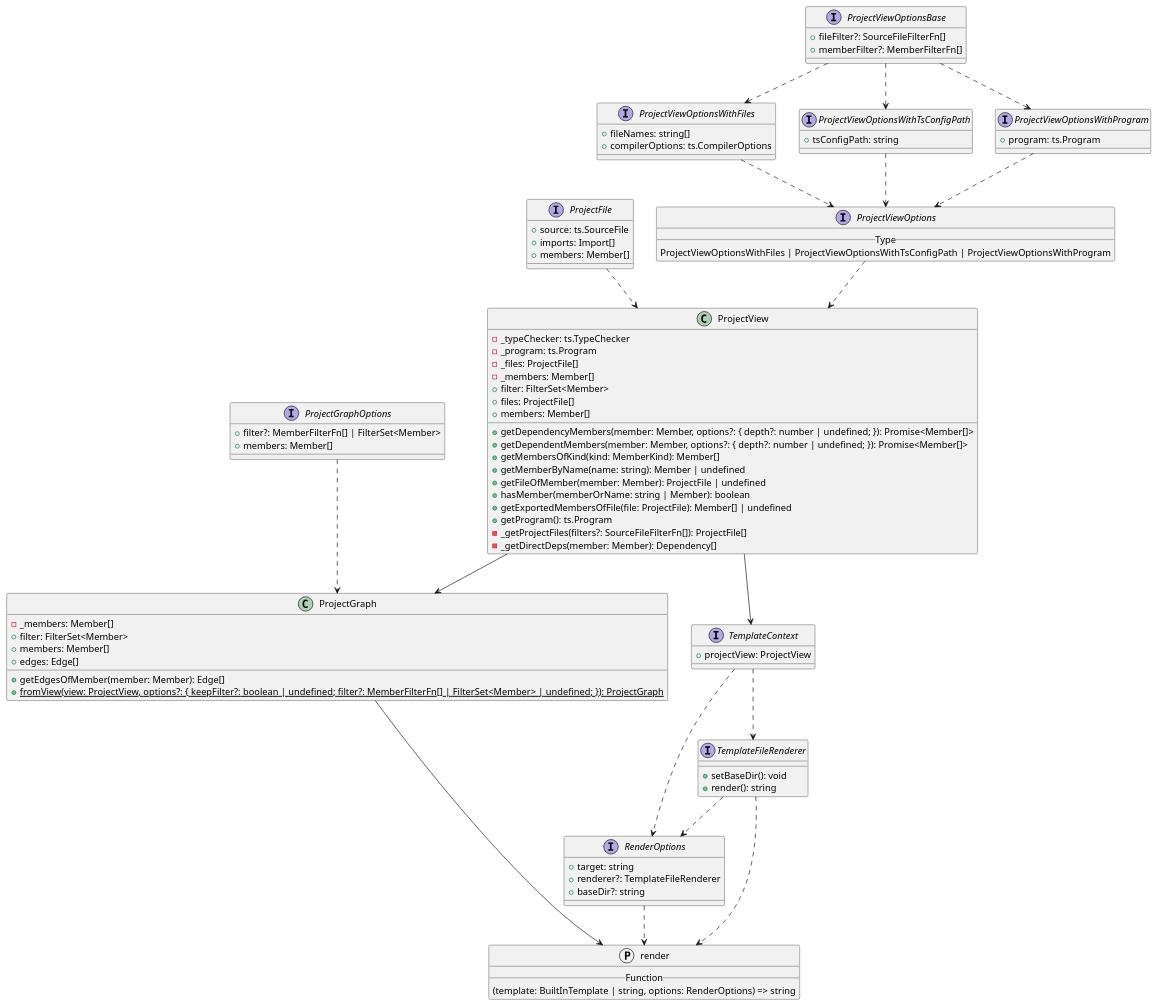
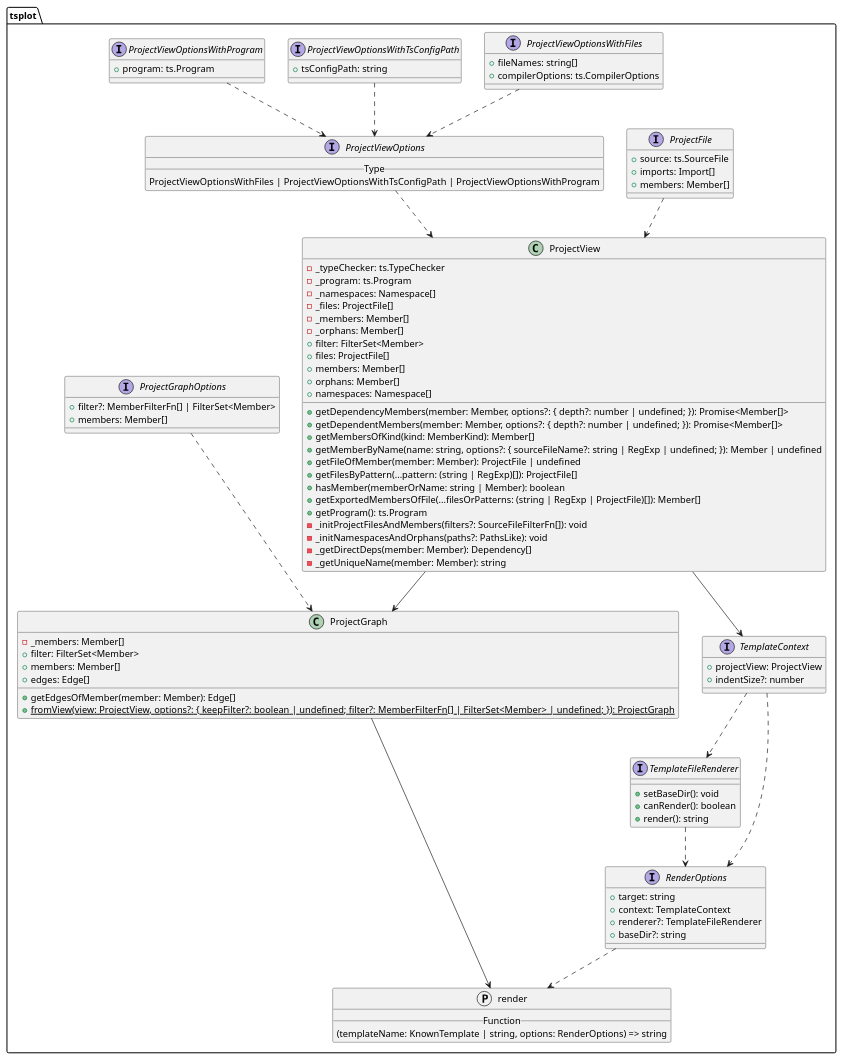
One commit to JanUnld/tsplot changed the diagram in packages/tsplot/assets/puml/example.puml. Above: the diagram before and after it, drawn with PlantUML. The commit also changed 5 other files, not shown here.

```diff
--- a/packages/tsplot/assets/puml/example.puml
+++ b/packages/tsplot/assets/puml/example.puml
@@ -2,89 +2,93 @@
 @startuml
-interface ProjectFile {
-    + source: ts.SourceFile
-    + imports: Import[]
-    + members: Member[]
+package tsplot {
+    interface ProjectFile {
+        + source: ts.SourceFile
+        + imports: Import[]
+        + members: Member[]
+    }
+    interface ProjectViewOptionsWithFiles {
+        + fileNames: string[]
+        + compilerOptions: ts.CompilerOptions
+    }
+    interface ProjectViewOptionsWithTsConfigPath {
+        + tsConfigPath: string
+    }
+    interface ProjectViewOptionsWithProgram {
+        + program: ts.Program
+    }
+    interface ProjectViewOptions {
+        __ Type __
+        ProjectViewOptionsWithFiles | ProjectViewOptionsWithTsConfigPath | ProjectViewOptionsWithProgram
+    }
+    class ProjectView {
+        - _typeChecker: ts.TypeChecker
+        - _program: ts.Program
+        - _namespaces: Namespace[]
+        - _files: ProjectFile[]
+        - _members: Member[]
+        - _orphans: Member[]
+        + filter: FilterSet<Member>
+        + files: ProjectFile[]
+        + members: Member[]
+        + orphans: Member[]
+        + namespaces: Namespace[]
+        + getDependencyMembers(member: Member, options?: { depth?: number | undefined; }): Promise<Member[]>
+        + getDependentMembers(member: Member, options?: { depth?: number | undefined; }): Promise<Member[]>
+        + getMembersOfKind(kind: MemberKind): Member[]
+        + getMemberByName(name: string, options?: { sourceFileName?: string | RegExp | undefined; }): Member | undefined
+        + getFileOfMember(member: Member): ProjectFile | undefined
+        + getFilesByPattern(...pattern: (string | RegExp)[]): ProjectFile[]
+        + hasMember(memberOrName: string | Member): boolean
+        + getExportedMembersOfFile(...filesOrPatterns: (string | RegExp | ProjectFile)[]): Member[]
+        + getProgram(): ts.Program
+        - _initProjectFilesAndMembers(filters?: SourceFileFilterFn[]): void
+        - _initNamespacesAndOrphans(paths?: PathsLike): void
+        - _getDirectDeps(member: Member): Dependency[]
+        - _getUniqueName(member: Member): string
+    }
+    interface ProjectGraphOptions {
+        + filter?: MemberFilterFn[] | FilterSet<Member>
+        + members: Member[]
+    }
+    class ProjectGraph {
+        - _members: Member[]
+        + filter: FilterSet<Member>
+        + members: Member[]
+        + edges: Edge[]
+        + getEdgesOfMember(member: Member): Edge[]
+        + {static} fromView(view: ProjectView, options?: { keepFilter?: boolean | undefined; filter?: MemberFilterFn[] | FilterSet<Member> | undefined; }): ProjectGraph
+    }
+    interface TemplateContext {
+        + projectView: ProjectView
+        + indentSize?: number
+    }
+    interface TemplateFileRenderer {
+        + setBaseDir(): void
+        + canRender(): boolean
+        + render(): string
+    }
+    protocol render {
+        __ Function __
+        (templateName: KnownTemplate | string, options: RenderOptions) => string
+    }
+    interface RenderOptions {
+        + target: string
+        + context: TemplateContext
+        + renderer?: TemplateFileRenderer
+        + baseDir?: string
+    }
 }
-interface ProjectViewOptionsBase {
-    + fileFilter?: SourceFileFilterFn[]
-    + memberFilter?: MemberFilterFn[]
-}
-interface ProjectViewOptionsWithFiles {
-    + fileNames: string[]
-    + compilerOptions: ts.CompilerOptions
-}
-interface ProjectViewOptionsWithTsConfigPath {
-    + tsConfigPath: string
-}
-interface ProjectViewOptionsWithProgram {
-    + program: ts.Program
-}
-interface ProjectViewOptions {
-    __ Type __
-    ProjectViewOptionsWithFiles | ProjectViewOptionsWithTsConfigPath | ProjectViewOptionsWithProgram
-}
-class ProjectView {
-    - _typeChecker: ts.TypeChecker
-    - _program: ts.Program
-    - _files: ProjectFile[]
-    - _members: Member[]
-    + filter: FilterSet<Member>
-    + files: ProjectFile[]
-    + members: Member[]
-    + getDependencyMembers(member: Member, options?: { depth?: number | undefined; }): Promise<Member[]>
-    + getDependentMembers(member: Member, options?: { depth?: number | undefined; }): Promise<Member[]>
-    + getMembersOfKind(kind: MemberKind): Member[]
-    + getMemberByName(name: string): Member | undefined
-    + getFileOfMember(member: Member): ProjectFile | undefined
-    + hasMember(memberOrName: string | Member): boolean
-    + getExportedMembersOfFile(file: ProjectFile): Member[] | undefined
-    + getProgram(): ts.Program
-    - _getProjectFiles(filters?: SourceFileFilterFn[]): ProjectFile[]
-    - _getDirectDeps(member: Member): Dependency[]
-}
-class ProjectGraph {
-    - _members: Member[]
-    + filter: FilterSet<Member>
-    + members: Member[]
-    + edges: Edge[]
-    + getEdgesOfMember(member: Member): Edge[]
-    + {static} fromView(view: ProjectView, options?: { keepFilter?: boolean | undefined; filter?: MemberFilterFn[] | FilterSet<Member> | undefined; }): ProjectGraph
-}
-interface ProjectGraphOptions {
-    + filter?: MemberFilterFn[] | FilterSet<Member>
-    + members: Member[]
-}
-interface TemplateContext {
-    + projectView: ProjectView
-}
-interface TemplateFileRenderer {
-    + setBaseDir(): void
-    + render(): string
-}
-interface RenderOptions {
-    + target: string
-    + renderer?: TemplateFileRenderer
-    + baseDir?: string
-}
-protocol render {
-    __ Function __
-    (template: BuiltInTemplate | string, options: RenderOptions) => string
-}
-ProjectViewOptionsBase..>ProjectViewOptionsWithFiles
-ProjectViewOptionsBase..>ProjectViewOptionsWithTsConfigPath
-ProjectViewOptionsBase..>ProjectViewOptionsWithProgram
 ProjectViewOptionsWithFiles..>ProjectViewOptions
 ProjectViewOptionsWithTsConfigPath..>ProjectViewOptions
 ProjectViewOptionsWithProgram..>ProjectViewOptions
 ProjectViewOptions..>ProjectView
 ProjectFile..>ProjectView
 ProjectGraphOptions..>ProjectGraph
 ProjectView-->ProjectGraph
 ProjectView-->TemplateContext
 TemplateContext..>TemplateFileRenderer
 TemplateContext..>RenderOptions
 TemplateFileRenderer..>RenderOptions
 RenderOptions..>render
 ProjectGraph-->render
-TemplateFileRenderer..>render
 @enduml
```
